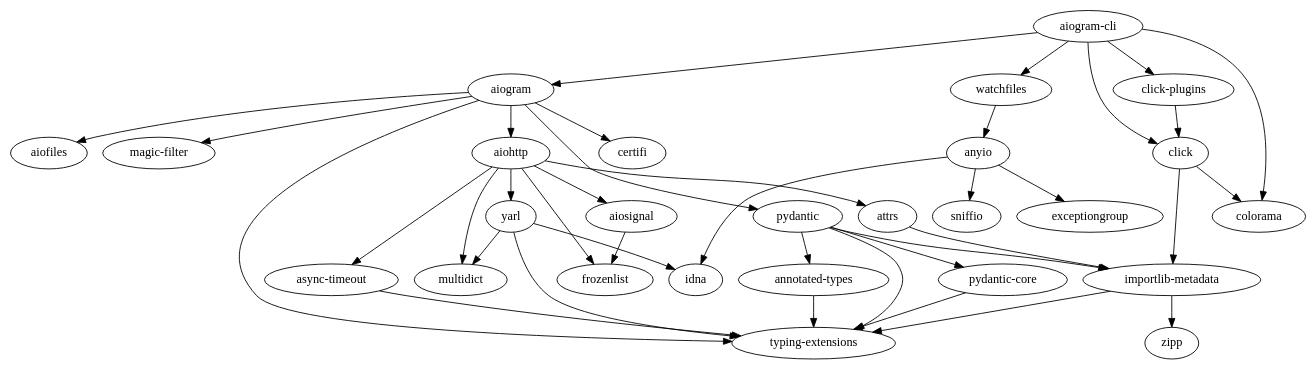
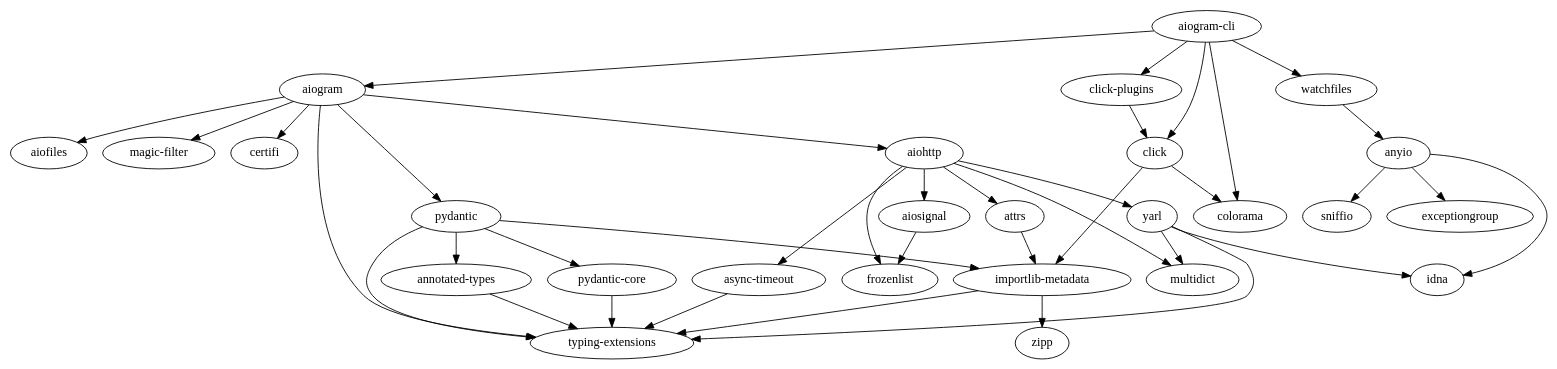
One commit to PyAlexOs/ConfigureManaging changed the diagram in files/dependency_graphs/aiogram_dependencies_graph.gv. Above: the diagram before and after it, drawn with Graphviz. The commit also changed other lines of this file and 2 other files, not shown here.

```diff
--- a/files/dependency_graphs/aiogram_dependencies_graph.gv
+++ b/files/dependency_graphs/aiogram_dependencies_graph.gv
@@ -1,66 +1,66 @@
 digraph "aiogram package dependencies" {
 	aiogram
-	aiogram -> pydantic
 	aiogram -> aiohttp
-	aiogram -> certifi
 	aiogram -> aiofiles
 	aiogram -> "magic-filter"
+	aiogram -> pydantic
+	aiogram -> certifi
 	aiogram -> "typing-extensions"
 	aiofiles
 	aiohttp
-	aiohttp -> aiosignal
 	aiohttp -> yarl
 	aiohttp -> "async-timeout"
+	aiohttp -> frozenlist
 	aiohttp -> multidict
+	aiohttp -> aiosignal
 	aiohttp -> attrs
-	aiohttp -> frozenlist
 	certifi
 	"magic-filter"
 	pydantic
 	pydantic -> "typing-extensions"
+	pydantic -> "annotated-types"
 	pydantic -> "importlib-metadata"
 	pydantic -> "pydantic-core"
-	pydantic -> "annotated-types"
 	"typing-extensions"
 	"aiogram-cli"
 	"aiogram-cli" -> aiogram
+	"aiogram-cli" -> click
+	"aiogram-cli" -> watchfiles
 	"aiogram-cli" -> colorama
-	"aiogram-cli" -> watchfiles
-	"aiogram-cli" -> click
 	"aiogram-cli" -> "click-plugins"
+	yarl
+	yarl -> multidict
+	yarl -> idna
+	yarl -> "typing-extensions"
+	"async-timeout"
+	"async-timeout" -> "typing-extensions"
+	frozenlist
+	multidict
 	aiosignal
 	aiosignal -> frozenlist
-	yarl
-	yarl -> "typing-extensions"
-	yarl -> idna
-	yarl -> multidict
-	"async-timeout"
-	"async-timeout" -> "typing-extensions"
-	multidict
 	attrs
 	attrs -> "importlib-metadata"
-	frozenlist
+	"annotated-types"
+	"annotated-types" -> "typing-extensions"
 	"importlib-metadata"
 	"importlib-metadata" -> "typing-extensions"
 	"importlib-metadata" -> zipp
 	"pydantic-core"
 	"pydantic-core" -> "typing-extensions"
-	"annotated-types"
-	"annotated-types" -> "typing-extensions"
-	colorama
+	click
+	click -> "importlib-metadata"
+	click -> colorama
 	watchfiles
 	watchfiles -> anyio
-	click
-	click -> colorama
-	click -> "importlib-metadata"
+	colorama
 	"click-plugins"
 	"click-plugins" -> click
 	idna
 	zipp
 	anyio
 	anyio -> sniffio
 	anyio -> idna
 	anyio -> exceptiongroup
 	sniffio
 	exceptiongroup
 }
```
